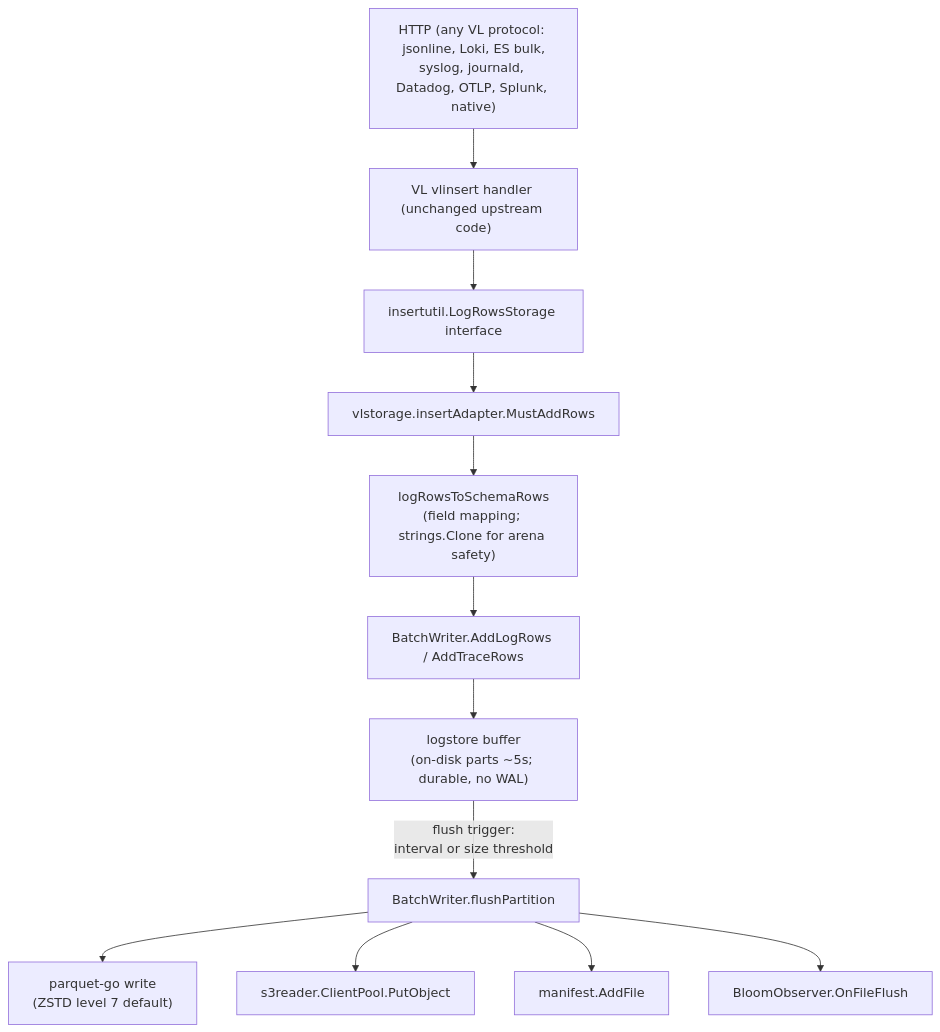
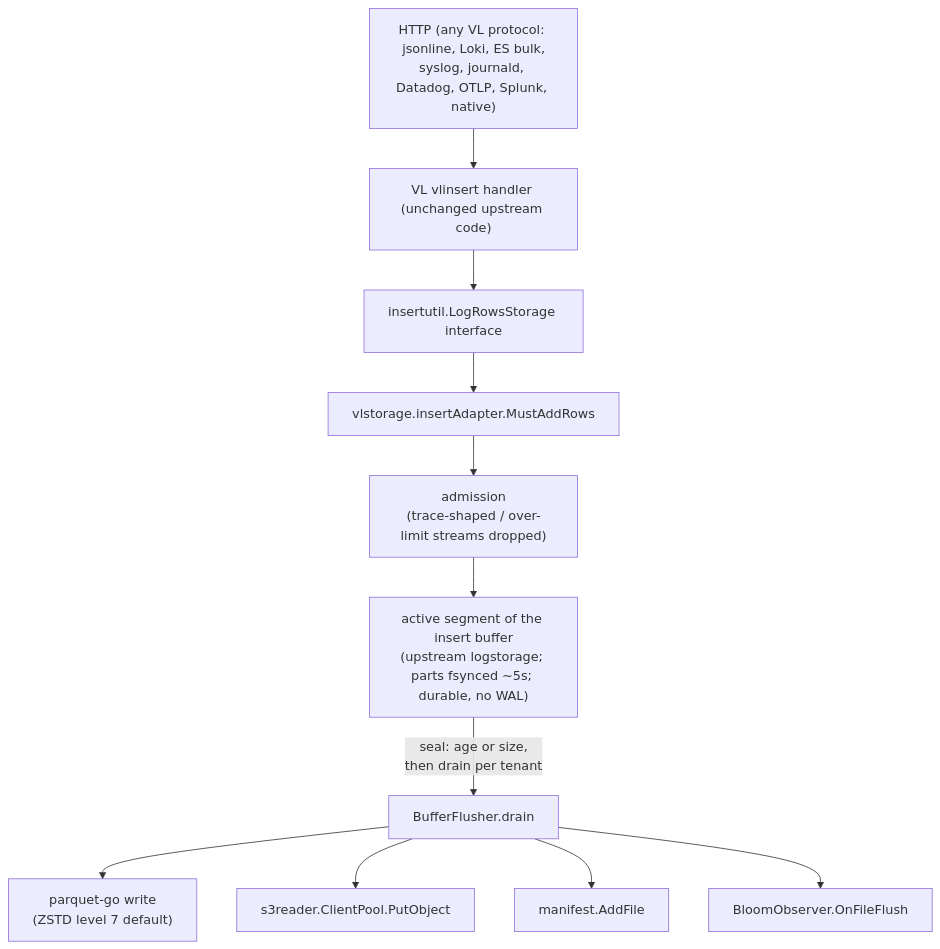
The fourth of 7 diagrams in docs/architecture.md (ReliablyObserve/victoria-lakehouse), drawn with Mermaid before and after one commit. The commit also changed other lines of this file and 34 other files, not shown here.

Commit message:
docs(durability): describe the segmented durable insert buffer and update the docs that referred to the staging engine, WAL cutover and read watermark

````diff
--- a/docs/architecture.md
+++ b/docs/architecture.md
@@ -103,14 +103,13 @@
 ```mermaid
 flowchart TD
     A["HTTP (any VL protocol: jsonline, Loki, ES bulk,\nsyslog, journald, Datadog, OTLP, Splunk, native)"] --> B["VL vlinsert handler (unchanged upstream code)"]
     B --> C[insertutil.LogRowsStorage interface]
     C --> D[vlstorage.insertAdapter.MustAddRows]
-    D --> E["logRowsToSchemaRows\n(field mapping; strings.Clone for arena safety)"]
-    E --> F[BatchWriter.AddLogRows / AddTraceRows]
-    F --> H["logstore buffer\n(on-disk parts ~5s; durable, no WAL)"]
-    H -->|"flush trigger:\ninterval or size threshold"| I[BatchWriter.flushPartition]
+    D --> E["admission\n(trace-shaped / over-limit streams dropped)"]
+    E --> H["active segment of the insert buffer\n(upstream logstorage; parts fsynced ~5s; durable, no WAL)"]
+    H -->|"seal: age or size,\nthen drain per tenant"| I[BufferFlusher.drain]
     I --> J["parquet-go write\n(ZSTD level 7 default)"]
     I --> K[s3reader.ClientPool.PutObject]
     I --> L[manifest.AddFile]
     I --> M[BloomObserver.OnFileFlush]
 ```
````
